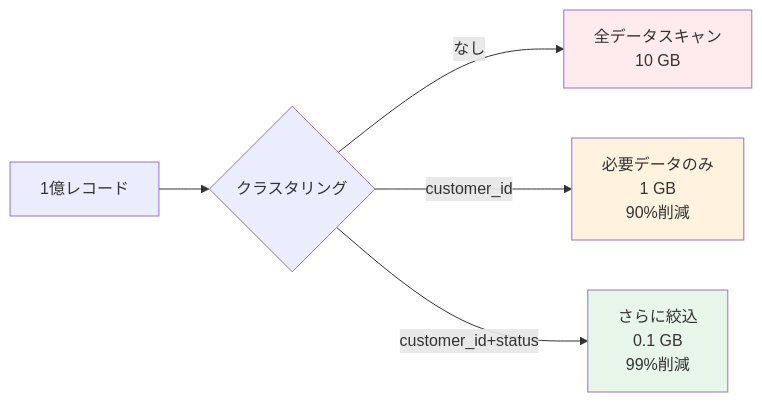
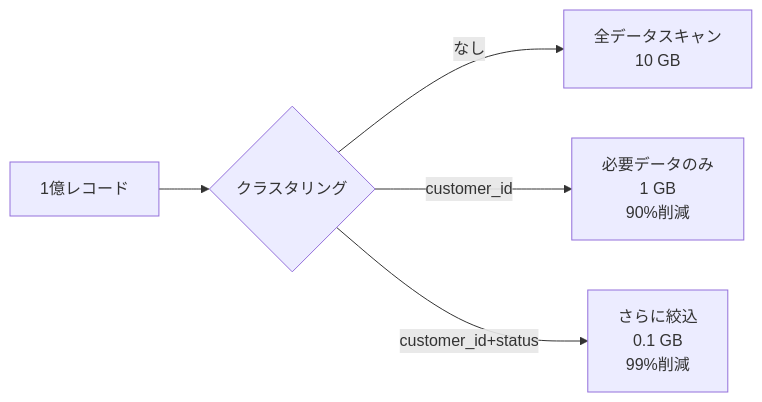
One commit to 1210yuichi0/1210yuichi0.github.io changed the second of 4 diagrams in content/Tech/dbt/features/bigquery-configs-complete.md. Above: the diagram before and after it, drawn with Mermaid. The commit also changed other lines of this file and 22 other files, not shown here.

First line of the commit message:
style: remove Mermaid style directives for dark mode compatibility

````diff
--- a/content/Tech/dbt/features/bigquery-configs-complete.md
+++ b/content/Tech/dbt/features/bigquery-configs-complete.md
@@ -466,12 +466,9 @@
 ```mermaid
 flowchart LR
     A[1億レコード] --> B{クラスタリング}
 
     B -->|なし| C[全データスキャン<br/>10 GB]
     B -->|customer_id| D[必要データのみ<br/>1 GB<br/>90%削減]
     B -->|customer_id+status| E[さらに絞込<br/>0.1 GB<br/>99%削減]
 
-    style C fill:#ffebee
-    style D fill:#fff3e0
-    style E fill:#e8f5e9
 ```
````
